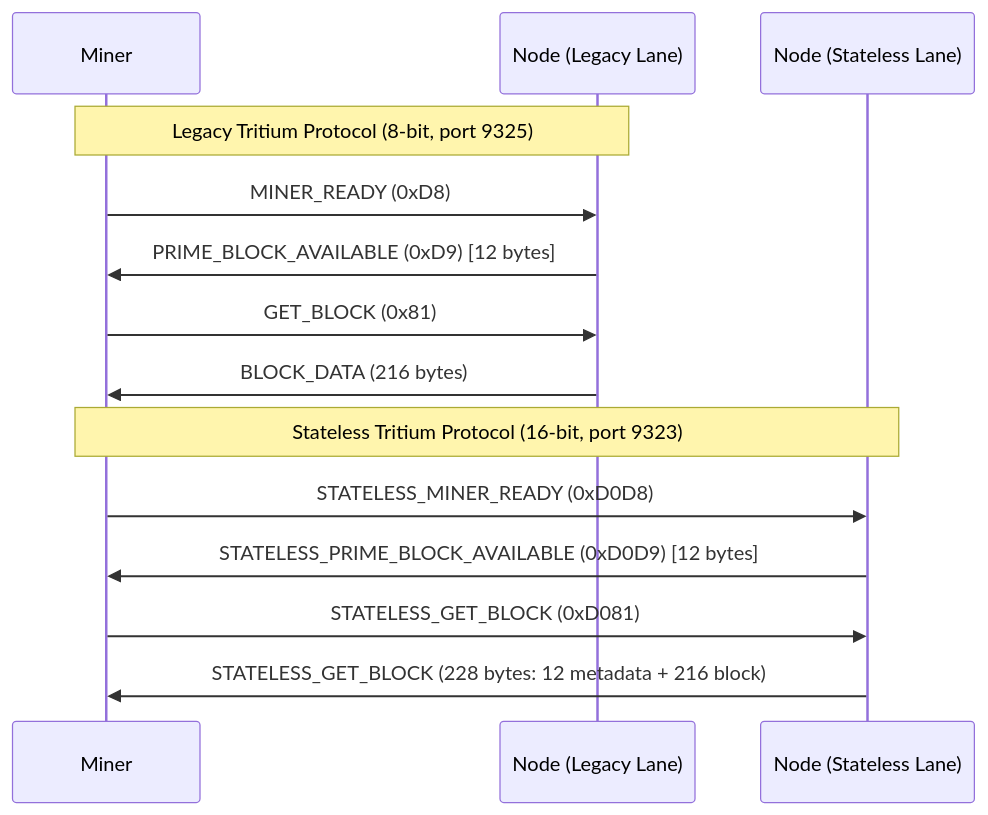
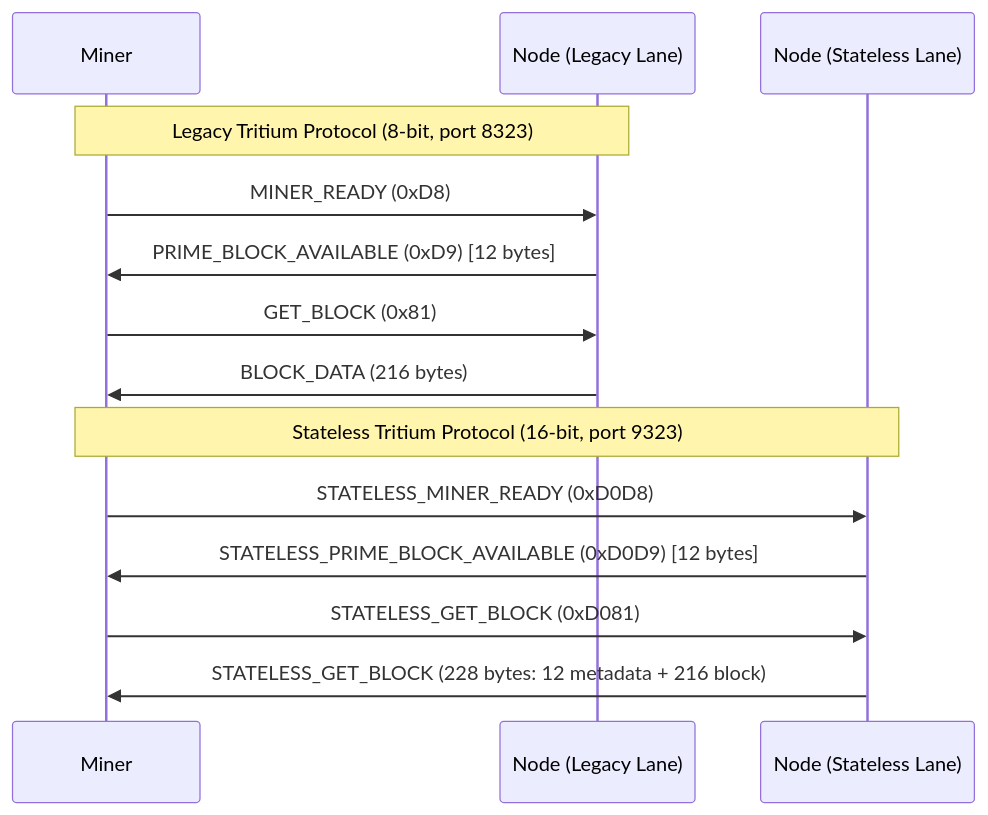
The diagram in docs/diagrams/push-notification-flow.md (Nexusoft/LLL-TAO), drawn with Mermaid before and after one commit. The commit also changed 2 other files, not shown here.

Commit message:
Fix legacy port numbers to match source code (8323 not 9325)

````diff
--- a/docs/diagrams/push-notification-flow.md
+++ b/docs/diagrams/push-notification-flow.md
@@ -9,18 +9,18 @@
 ```mermaid
 sequenceDiagram
     participant M as Miner
     participant N as Node (Legacy Lane)
     participant S as Node (Stateless Lane)
     
-    Note over M,N: Legacy Tritium Protocol (8-bit, port 9325)
+    Note over M,N: Legacy Tritium Protocol (8-bit, port 8323)
     M->>N: MINER_READY (0xD8)
     N->>M: PRIME_BLOCK_AVAILABLE (0xD9) [12 bytes]
     M->>N: GET_BLOCK (0x81)
     N->>M: BLOCK_DATA (216 bytes)
     
     Note over M,S: Stateless Tritium Protocol (16-bit, port 9323)
     M->>S: STATELESS_MINER_READY (0xD0D8)
     S->>M: STATELESS_PRIME_BLOCK_AVAILABLE (0xD0D9) [12 bytes]
     M->>S: STATELESS_GET_BLOCK (0xD081)
     S->>M: STATELESS_GET_BLOCK (228 bytes: 12 metadata + 216 block)
 ```
````
